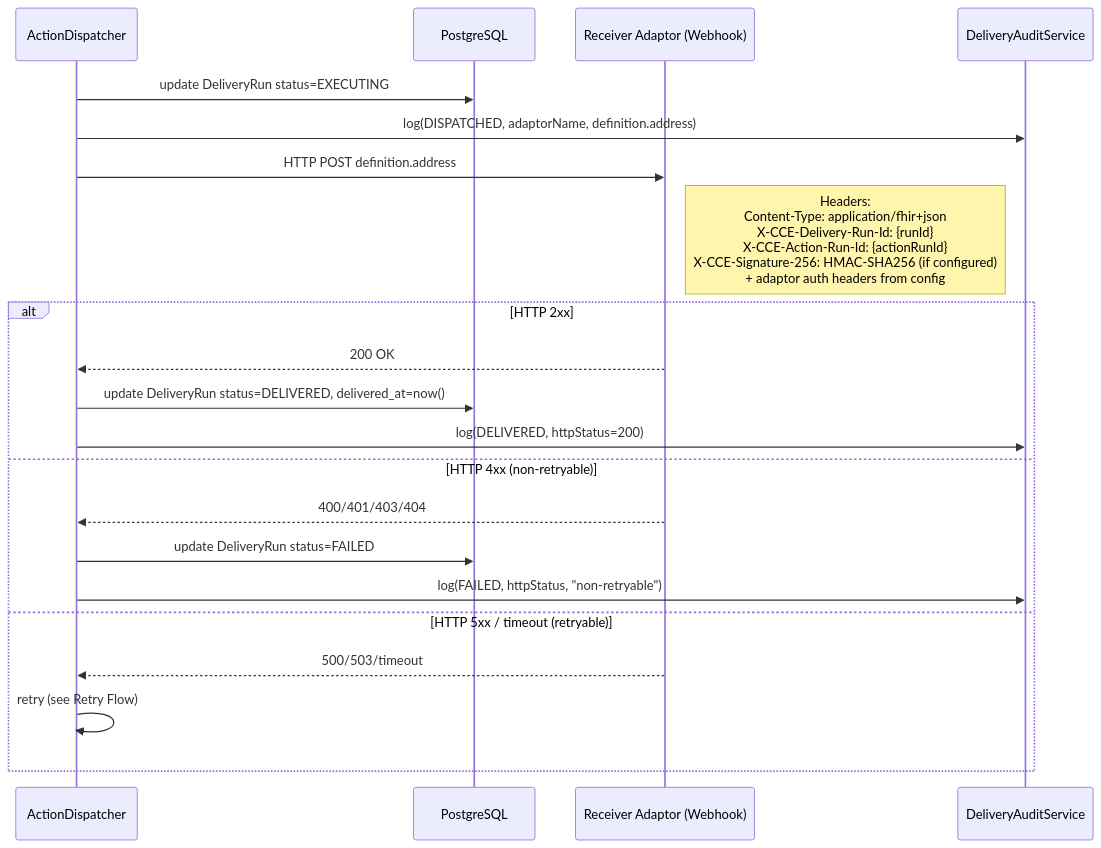
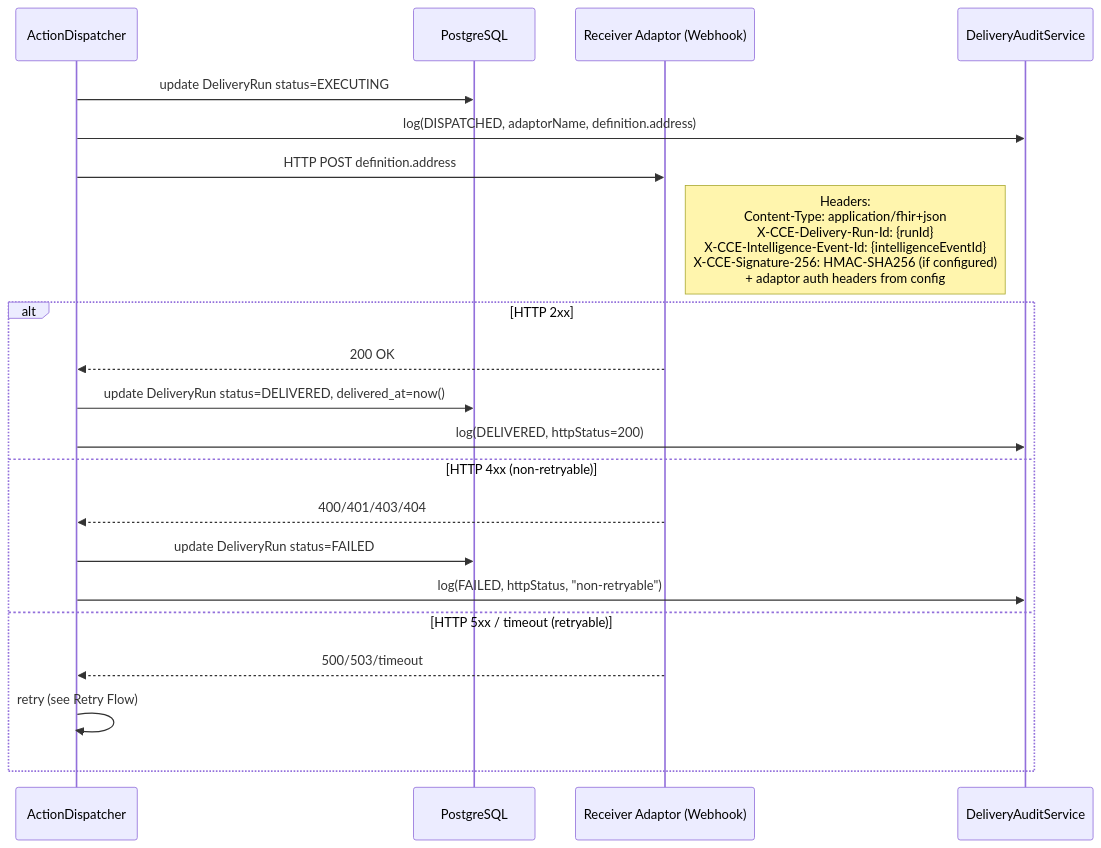
One commit to Jayaprakash8887/cce-intelligence-service changed the sixth of 13 diagrams in docs/flow-diagrams.md. Above: the diagram before and after it, drawn with Mermaid. The commit also changed other lines of this file and 5 other files, not shown here.

Commit message:
Update documentation to reflect changes in delivery_run and intelligence_event terminology

````diff
--- a/docs/flow-diagrams.md
+++ b/docs/flow-diagrams.md
@@ -206,26 +206,26 @@
 ```mermaid
 sequenceDiagram
     participant Dispatcher as ActionDispatcher
     participant DB as PostgreSQL
     participant Adaptor as Receiver Adaptor (Webhook)
     participant Audit as DeliveryAuditService
 
     Dispatcher->>DB: update DeliveryRun status=EXECUTING
     Dispatcher->>Audit: log(DISPATCHED, adaptorName, definition.address)
 
     Dispatcher->>Adaptor: HTTP POST definition.address
-    Note right of Adaptor: Headers:<br/>Content-Type: application/fhir+json<br/>X-CCE-Delivery-Run-Id: {runId}<br/>X-CCE-Action-Run-Id: {actionRunId}<br/>X-CCE-Signature-256: HMAC-SHA256 (if configured)<br/>+ adaptor auth headers from config
+    Note right of Adaptor: Headers:<br/>Content-Type: application/fhir+json<br/>X-CCE-Delivery-Run-Id: {runId}<br/>X-CCE-Intelligence-Event-Id: {intelligenceEventId}<br/>X-CCE-Signature-256: HMAC-SHA256 (if configured)<br/>+ adaptor auth headers from config
 
     alt HTTP 2xx
         Adaptor-->>Dispatcher: 200 OK
         Dispatcher->>DB: update DeliveryRun status=DELIVERED, delivered_at=now()
         Dispatcher->>Audit: log(DELIVERED, httpStatus=200)
     else HTTP 4xx (non-retryable)
         Adaptor-->>Dispatcher: 400/401/403/404
         Dispatcher->>DB: update DeliveryRun status=FAILED
         Dispatcher->>Audit: log(FAILED, httpStatus, "non-retryable")
     else HTTP 5xx / timeout (retryable)
         Adaptor-->>Dispatcher: 500/503/timeout
         Dispatcher->>Dispatcher: retry (see Retry Flow)
     end
 ```
````
